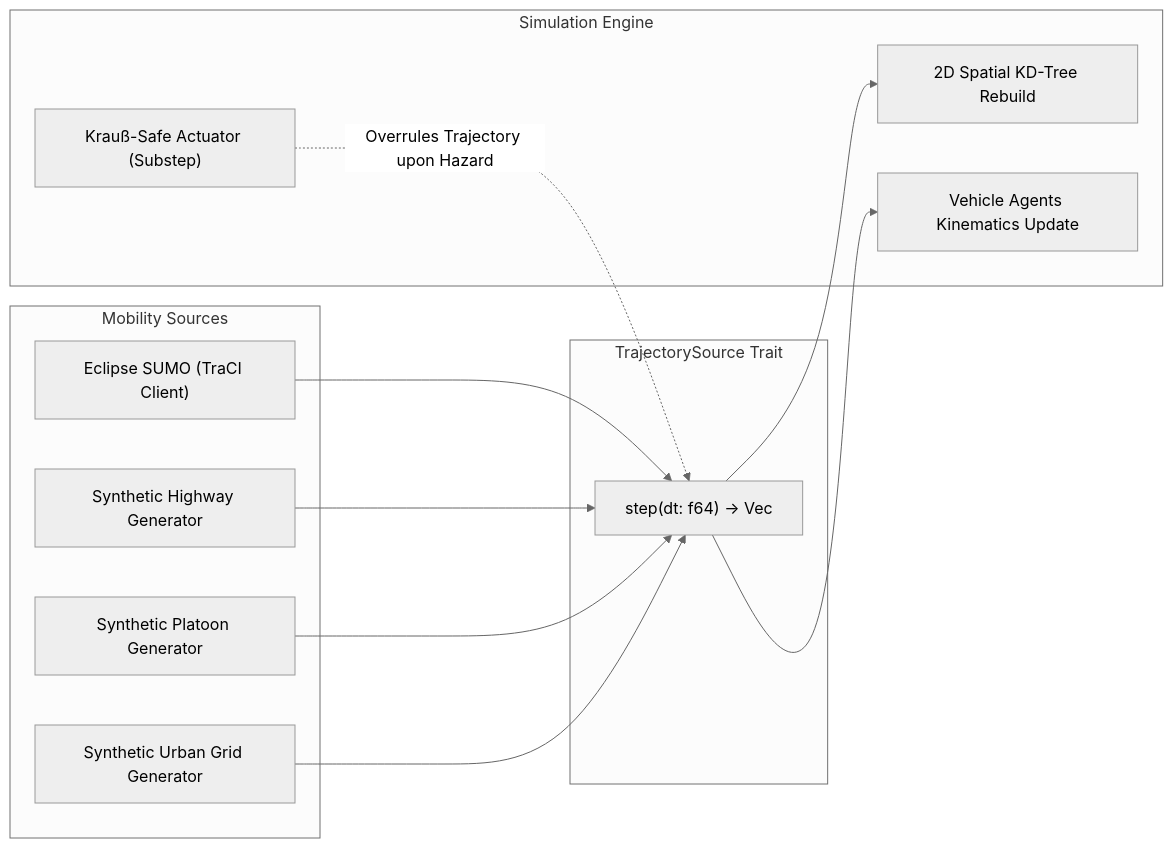
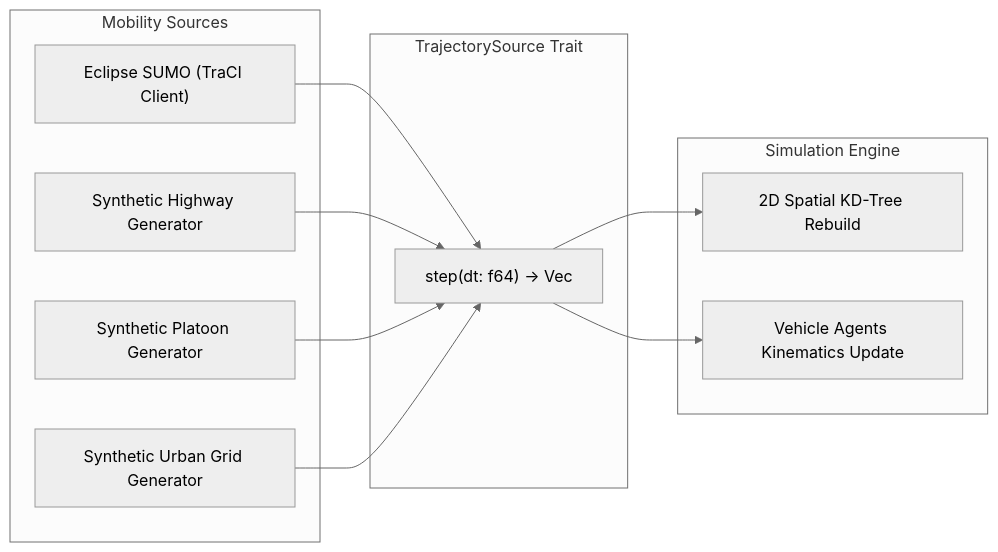
Before and after one commit to Fundacio-i2CAT/RustV2XSimulator: the diagram in docs/architecture/mobility_engine.md, drawn with Mermaid (neutral theme). The commit also changed other lines of this file and 34 other files, not shown here.

````diff
--- a/docs/architecture/mobility_engine.md
+++ b/docs/architecture/mobility_engine.md
@@ -14,23 +14,21 @@
 ```mermaid
 flowchart LR
     subgraph MobilitySources ["Mobility Sources"]
         SUMO["Eclipse SUMO (TraCI Client)"]
         HighwayGen["Synthetic Highway Generator"]
         PlatoonGen["Synthetic Platoon Generator"]
         UrbanGen["Synthetic Urban Grid Generator"]
     end
 
     subgraph TrajectorySource ["TrajectorySource Trait"]
         Step["step(dt: f64) -> Vec<VehicleKinematics>"]
     end
 
     subgraph Engine ["Simulation Engine"]
         KDTree["2D Spatial KD-Tree Rebuild"]
-        SafetyActuator["Krauß-Safe Actuator (Substep)"]
         Agents["Vehicle Agents Kinematics Update"]
     end
 
     SUMO & HighwayGen & PlatoonGen & UrbanGen --> Step
     Step --> KDTree & Agents
-    SafetyActuator -.->|Overrules Trajectory upon Hazard| Step
 ```
````
